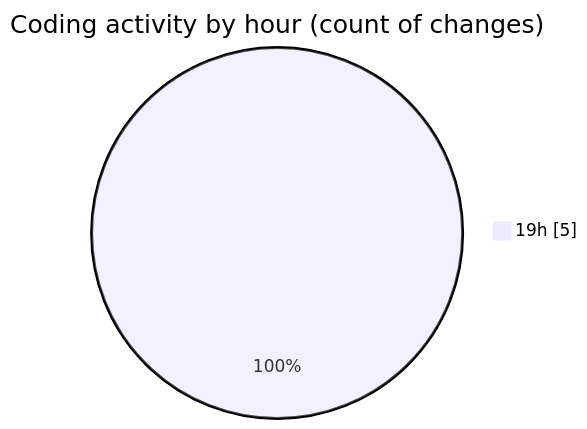
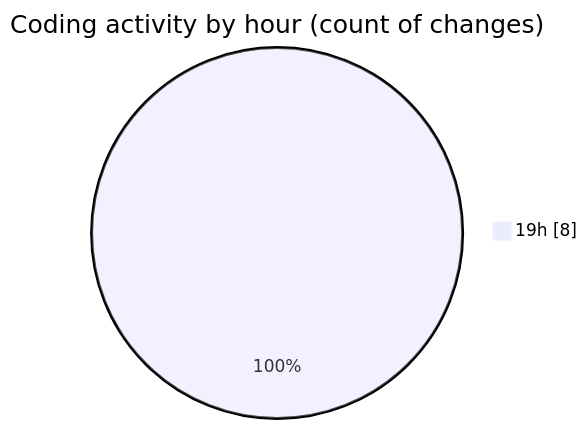
Before and after one commit to JenPaints/code-tracking: the second of 2 diagrams in 2025-06-20/archive/README.md, drawn with Mermaid. The commit also changed other lines of this file and 1 other file, not shown here.

````diff
--- a/2025-06-20/archive/README.md
+++ b/2025-06-20/archive/README.md
@@ -31,5 +34,5 @@
 ```mermaid
 pie showData
 title Coding activity by hour (count of changes)
-"19h" : 5
+"19h" : 8
 ```
````
